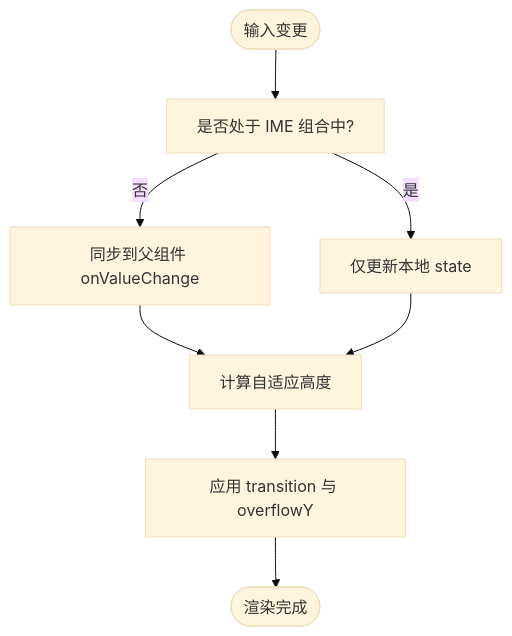
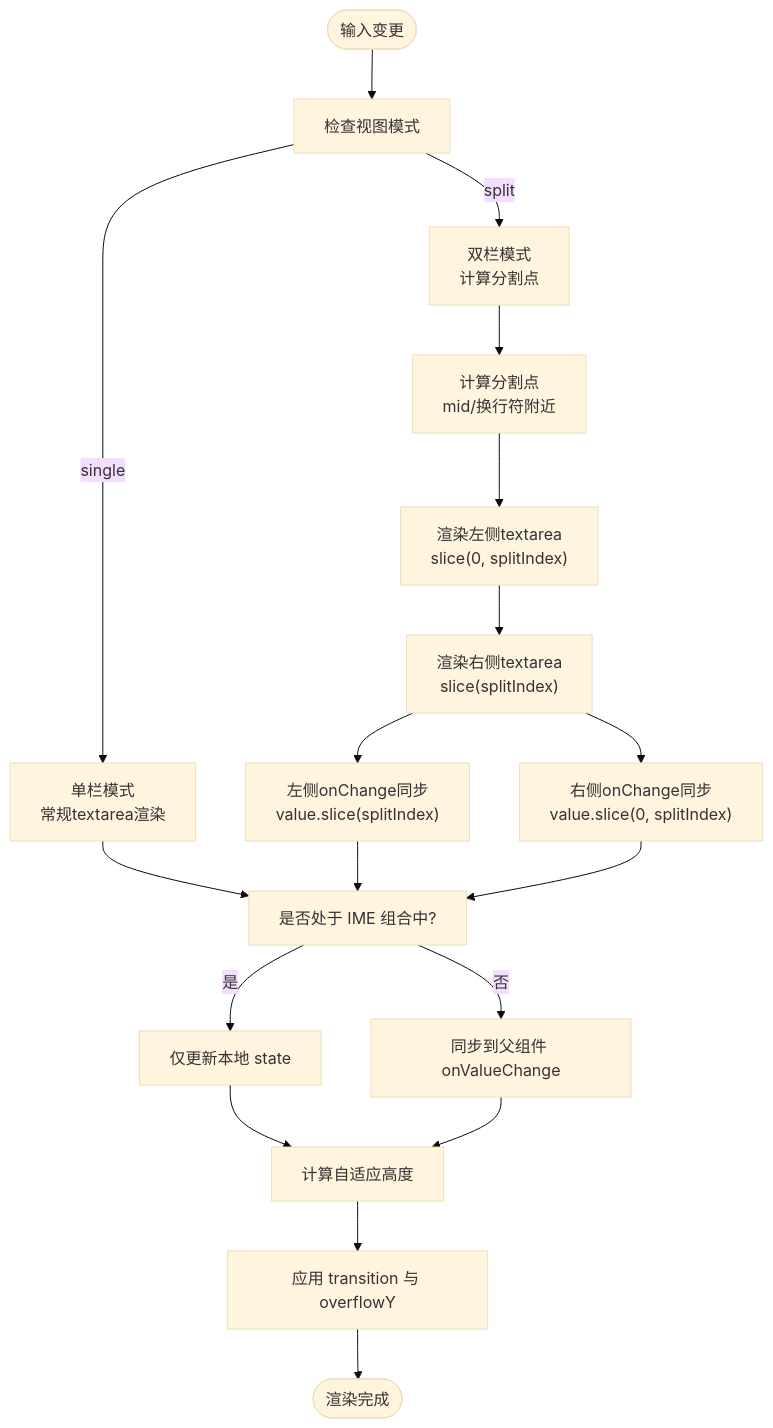
One commit to lyl2021/waoowaoo changed the third of 6 diagrams in .qoder/repowiki/zh/content/前端组件架构/工作区组件/故事输入组件.md. Above: the diagram before and after it, drawn with Mermaid (base theme). The commit also changed other lines of this file and 15 other files, not shown here.

````diff
--- a/.qoder/repowiki/zh/content/前端组件架构/工作区组件/故事输入组件.md
+++ b/.qoder/repowiki/zh/content/前端组件架构/工作区组件/故事输入组件.md
@@ -162,10 +184,20 @@
 ```mermaid
 flowchart TD
-Start(["输入变更"]) --> CheckCompose["是否处于 IME 组合中?"]
+Start(["输入变更"]) --> CheckMode["检查视图模式"]
+CheckMode --> |single| SingleMode["单栏模式<br/>常规textarea渲染"]
+CheckMode --> |split| SplitMode["双栏模式<br/>计算分割点"]
+SplitMode --> CalcSplit["计算分割点<br/>mid/换行符附近"]
+CalcSplit --> RenderLeft["渲染左侧textarea<br/>slice(0, splitIndex)"]
+RenderLeft --> RenderRight["渲染右侧textarea<br/>slice(splitIndex)"]
+RenderRight --> SyncLeft["左侧onChange同步<br/>value.slice(splitIndex)"]
+RenderRight --> SyncRight["右侧onChange同步<br/>value.slice(0, splitIndex)"]
+SingleMode --> CheckCompose["是否处于 IME 组合中?"]
+SyncLeft --> CheckCompose
+SyncRight --> CheckCompose
 CheckCompose --> |是| LocalOnly["仅更新本地 state"]
 CheckCompose --> |否| SyncParent["同步到父组件 onValueChange"]
-SyncParent --> Resize["计算自适应高度"]
-LocalOnly --> Resize
+LocalOnly --> Resize["计算自适应高度"]
+SyncParent --> Resize
 Resize --> Apply["应用 transition 与 overflowY"]
 Apply --> End(["渲染完成"])
 ```
````
